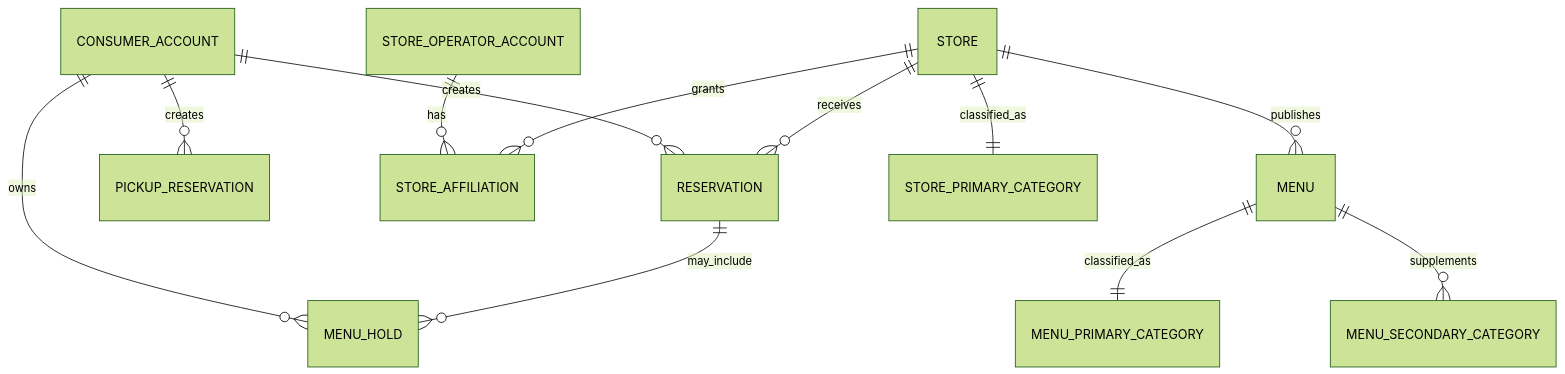
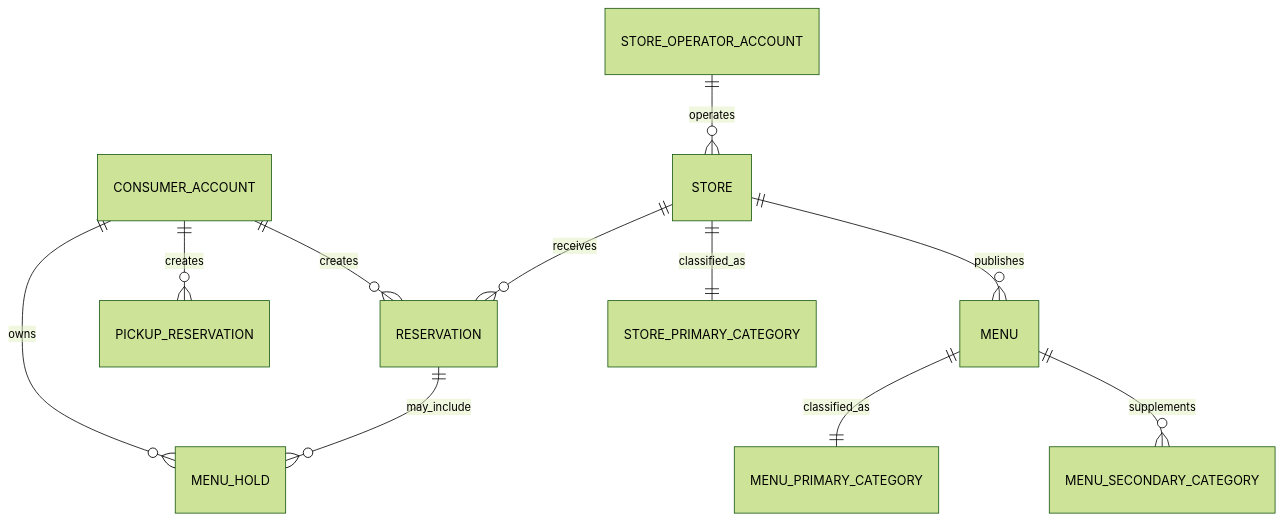
The diagram in docs/03-domain-model.md (sparta-spring4/Commerce-Final-Project-MiriYum), drawn with Mermaid (forest theme) before and after one commit. The commit also changed other lines of this file and 14 other files, not shown here.

Commit message:
docs: simplify store operator ownership for mvp1

````diff
--- a/docs/03-domain-model.md
+++ b/docs/03-domain-model.md
@@ -18,14 +18,13 @@
 ```mermaid
 erDiagram
     CONSUMER_ACCOUNT ||--o{ RESERVATION : creates
     CONSUMER_ACCOUNT ||--o{ MENU_HOLD : owns
     CONSUMER_ACCOUNT ||--o{ PICKUP_RESERVATION : creates
-    STORE_OPERATOR_ACCOUNT ||--o{ STORE_AFFILIATION : has
-    STORE ||--o{ STORE_AFFILIATION : grants
+    STORE_OPERATOR_ACCOUNT ||--o{ STORE : operates
     STORE ||--o{ RESERVATION : receives
     STORE ||--o{ MENU : publishes
     RESERVATION ||--o{ MENU_HOLD : may_include
     STORE ||--|| STORE_PRIMARY_CATEGORY : classified_as
     MENU ||--|| MENU_PRIMARY_CATEGORY : classified_as
     MENU ||--o{ MENU_SECONDARY_CATEGORY : supplements
 ```
````
